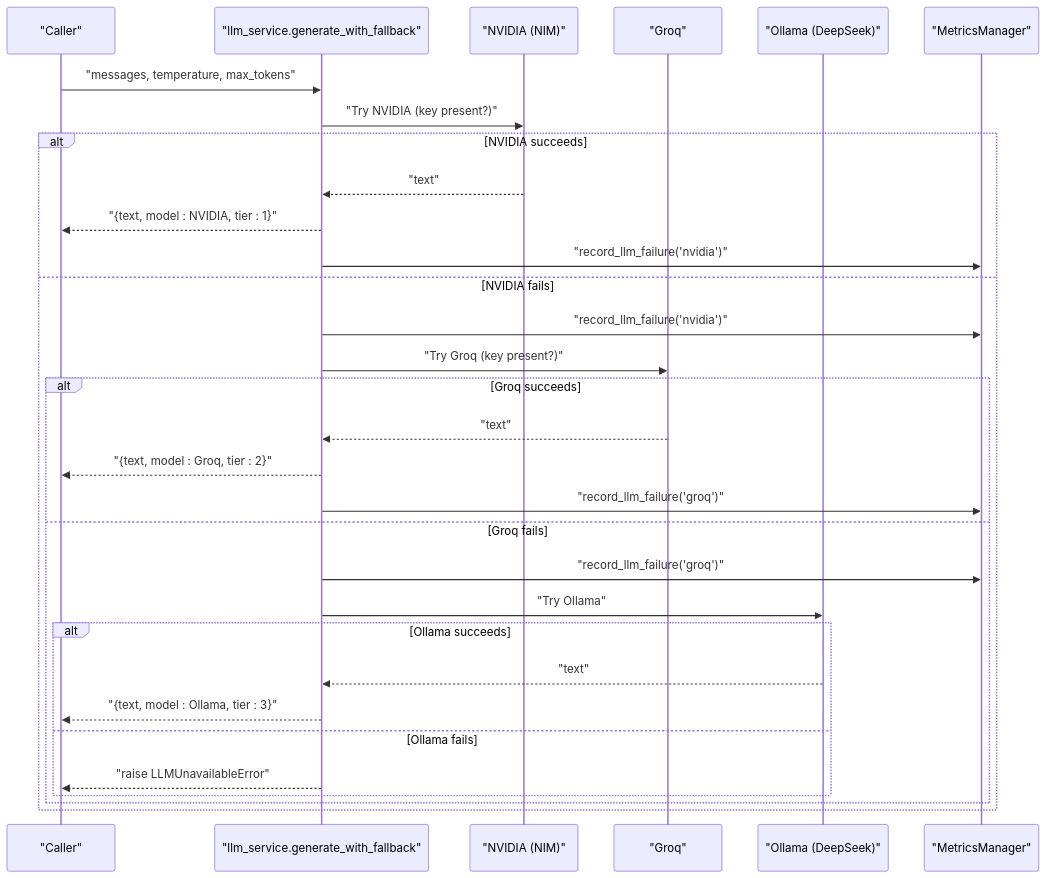
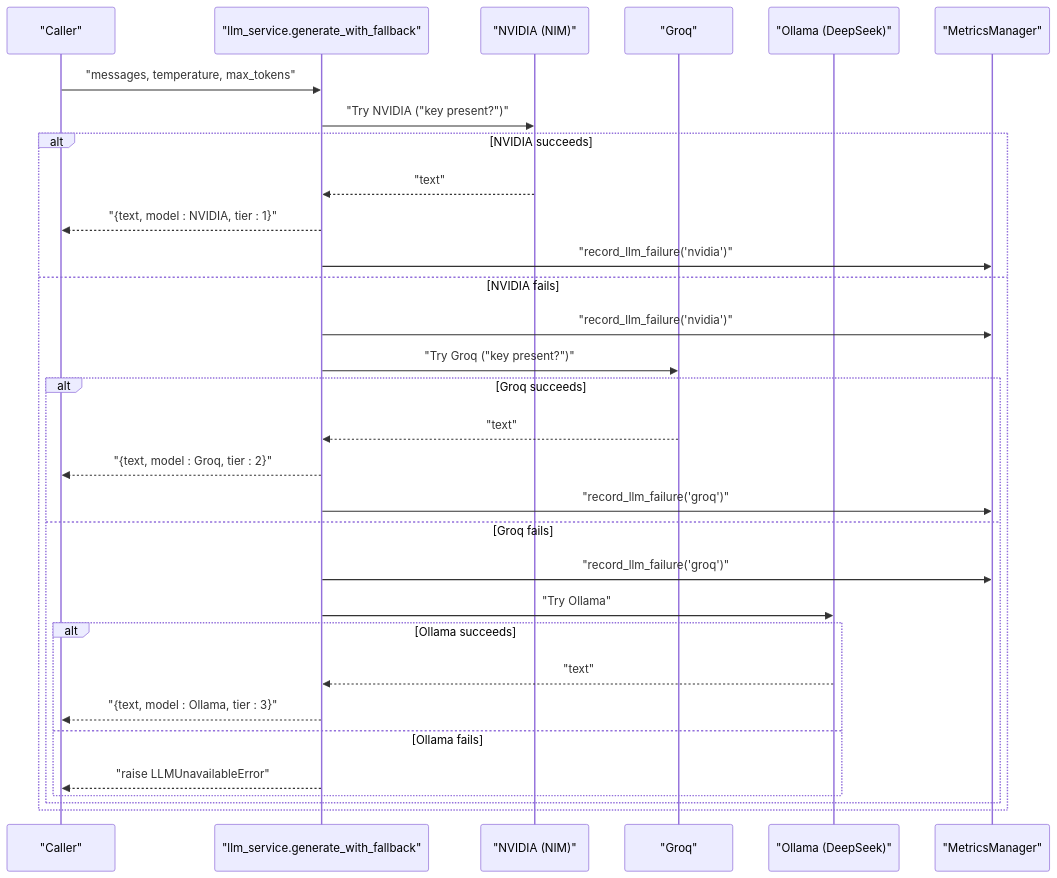
The second of 4 diagrams in docs/docs/knowledge/AI_ML Integration/Groq Fallback System.md (rohitkumarnaidu/ScholarFormAI), drawn with Mermaid before and after one commit. The commit also changed other lines of this file and 611 other files, not shown here.

````diff
--- a/docs/docs/knowledge/AI_ML Integration/Groq Fallback System.md
+++ b/docs/docs/knowledge/AI_ML Integration/Groq Fallback System.md
@@ -125,33 +125,33 @@
 ```mermaid
 sequenceDiagram
 participant Caller as "Caller"
 participant LLM as "llm_service.generate_with_fallback"
 participant Nvidia as "NVIDIA (NIM)"
 participant Groq as "Groq"
 participant Ollama as "Ollama (DeepSeek)"
 participant Metrics as "MetricsManager"
 Caller->>LLM : "messages, temperature, max_tokens"
-LLM->>Nvidia : "Try NVIDIA (key present?)"
+LLM->>Nvidia : "Try NVIDIA ("key present?")"
 alt NVIDIA succeeds
 Nvidia-->>LLM : "text"
 LLM-->>Caller : "{text, model : NVIDIA, tier : 1}"
 LLM->>Metrics : "record_llm_failure('nvidia')"
 else NVIDIA fails
 LLM->>Metrics : "record_llm_failure('nvidia')"
-LLM->>Groq : "Try Groq (key present?)"
+LLM->>Groq : "Try Groq ("key present?")"
 alt Groq succeeds
 Groq-->>LLM : "text"
 LLM-->>Caller : "{text, model : Groq, tier : 2}"
 LLM->>Metrics : "record_llm_failure('groq')"
 else Groq fails
 LLM->>Metrics : "record_llm_failure('groq')"
 LLM->>Ollama : "Try Ollama"
 alt Ollama succeeds
 Ollama-->>LLM : "text"
 LLM-->>Caller : "{text, model : Ollama, tier : 3}"
 else Ollama fails
 LLM-->>Caller : "raise LLMUnavailableError"
 end
 end
 end
 ```
````
